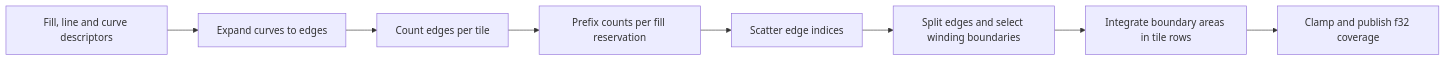
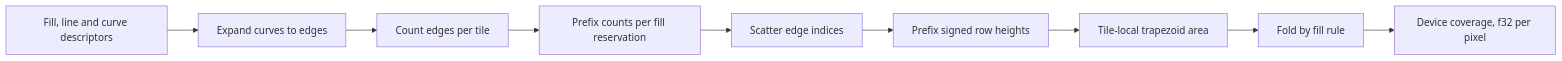
The eighth of 12 diagrams in docs/design/rendering.md (motion-rs/motion-rs), drawn with Mermaid before and after one commit. The commit also changed other lines of this file and 16 other files, not shown here.

````diff
--- a/docs/design/rendering.md
+++ b/docs/design/rendering.md
@@ -678,10 +677,11 @@
 ```mermaid
 flowchart LR
     Desc["Fill, line and curve descriptors"] --> Expand["Expand curves to edges"]
     Expand --> Count["Count edges per tile"]
     Count --> Prefix["Prefix counts per fill reservation"]
     Prefix --> Scatter["Scatter edge indices"]
-    Scatter --> Boundaries["Split edges and select winding boundaries"]
-    Boundaries --> Area["Integrate boundary areas in tile rows"]
-    Area --> Samples["Clamp and publish f32 coverage"]
+    Scatter --> Heights["Prefix signed row heights"]
+    Heights --> Area["Tile-local trapezoid area"]
+    Area --> Fold["Fold by fill rule"]
+    Fold --> Samples["Device coverage, f32 per pixel"]
 ```
````
